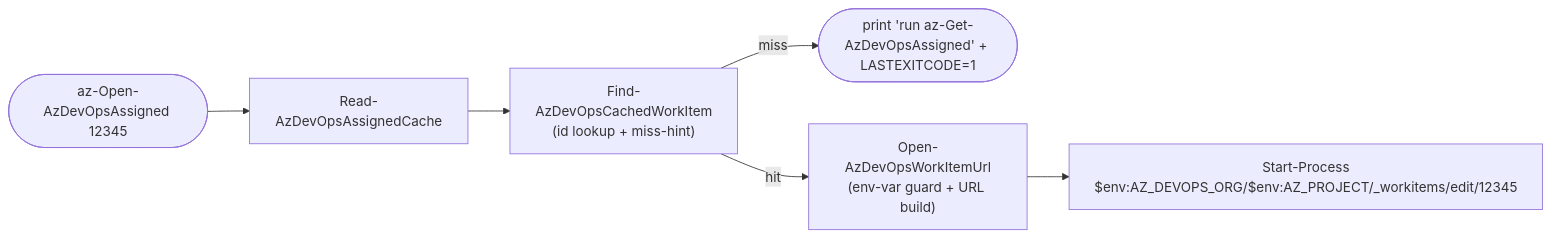
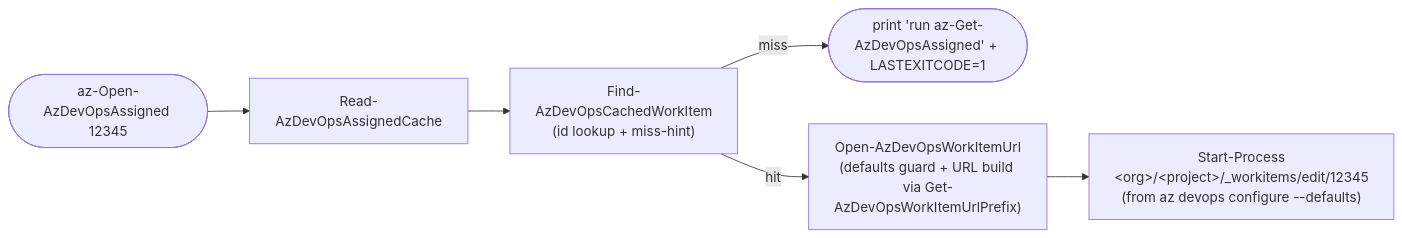
The sixth of 12 diagrams in docs/azure-devops-diagrams.md (jdschleicher/bashcuts), drawn with Mermaid before and after one commit. The commit also changed other lines of this file, not shown here.

First line of the commit message:
docs(azdevops): add assigned/mentions WIQLs to Diagram 1 config subgraph and opener nodes

````diff
--- a/docs/azure-devops-diagrams.md
+++ b/docs/azure-devops-diagrams.md
@@ -322,8 +326,8 @@
 ```mermaid
 flowchart LR
     A([az-Open-AzDevOpsAssigned 12345]) --> RC[Read-AzDevOpsAssignedCache]
     RC --> Find["Find-AzDevOpsCachedWorkItem<br/>(id lookup + miss-hint)"]
     Find -- miss --> Hint([print 'run az-Get-AzDevOpsAssigned' + LASTEXITCODE=1])
-    Find -- hit --> Open["Open-AzDevOpsWorkItemUrl<br/>(env-var guard + URL build)"]
-    Open --> SP["Start-Process<br/>$env:AZ_DEVOPS_ORG/$env:AZ_PROJECT/_workitems/edit/12345"]
+    Find -- hit --> Open["Open-AzDevOpsWorkItemUrl<br/>(defaults guard + URL build via Get-AzDevOpsWorkItemUrlPrefix)"]
+    Open --> SP["Start-Process<br/>&lt;org&gt;/&lt;project&gt;/_workitems/edit/12345<br/>(from az devops configure --defaults)"]
 ```
````
